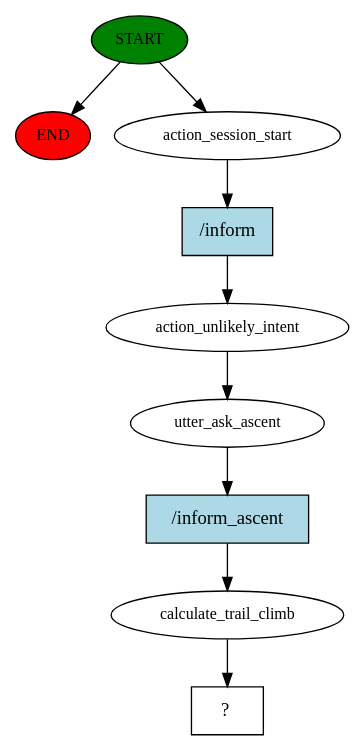
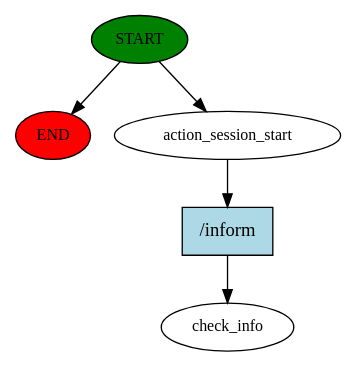
The diagram in PeakPerformanceBot/story_graph.dot (Tomaicho/AI_Chatbot), drawn with Graphviz before and after one commit. The commit also changed 69 other files, not shown here.

```diff
--- a/PeakPerformanceBot/story_graph.dot
+++ b/PeakPerformanceBot/story_graph.dot
@@ -1,19 +1,11 @@
 digraph  {
 0 [class="start active", fillcolor=green, fontsize=12, label=START, style=filled];
 "-1" [class=end, fillcolor=red, fontsize=12, label=END, style=filled];
 1 [class=active, fontsize=12, label=action_session_start];
-2 [class=active, fontsize=12, label=action_unlikely_intent];
-3 [class=active, fontsize=12, label=utter_ask_ascent];
-4 [class=active, fontsize=12, label=calculate_trail_climb];
-5 [class="intent dashed active", label="  ?  ", shape=rect];
-6 [class="intent active", fillcolor=lightblue, label="/inform", shape=rect, style=filled];
-7 [class="intent active", fillcolor=lightblue, label="/inform_ascent", shape=rect, style=filled];
+2 [class="dashed active", fontsize=12, label=check_info];
+3 [class="intent active", fillcolor=lightblue, label="/inform", shape=rect, style=filled];
 0 -> "-1"  [class="", key=NONE, label=""];
 0 -> 1  [class=active, key=NONE, label=""];
-1 -> 6  [class=active, key=0];
-2 -> 3  [class=active, key=NONE, label=""];
-3 -> 7  [class=active, key=0];
-4 -> 5  [class=active, key=NONE, label=""];
-6 -> 2  [class=active, key=0];
-7 -> 4  [class=active, key=0];
+1 -> 3  [class=active, key=0];
+3 -> 2  [class=active, key=0];
 }
```
